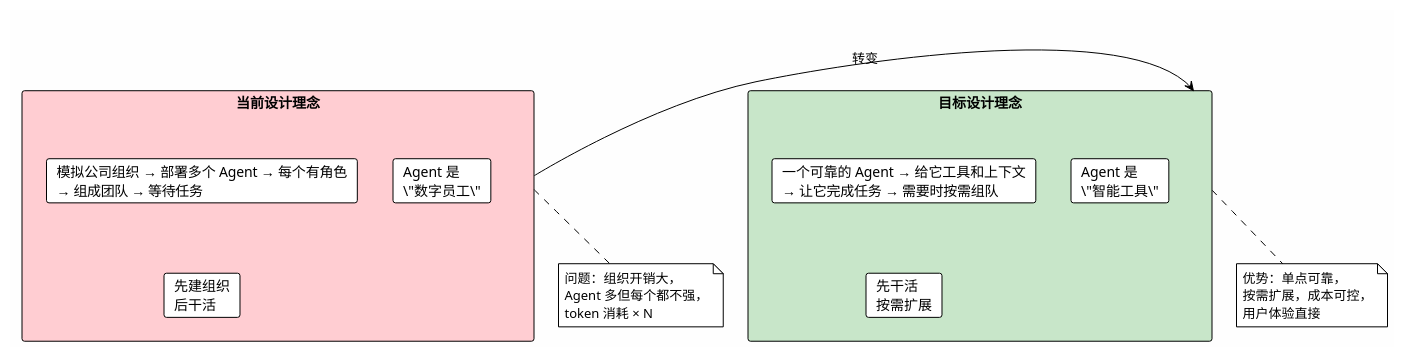
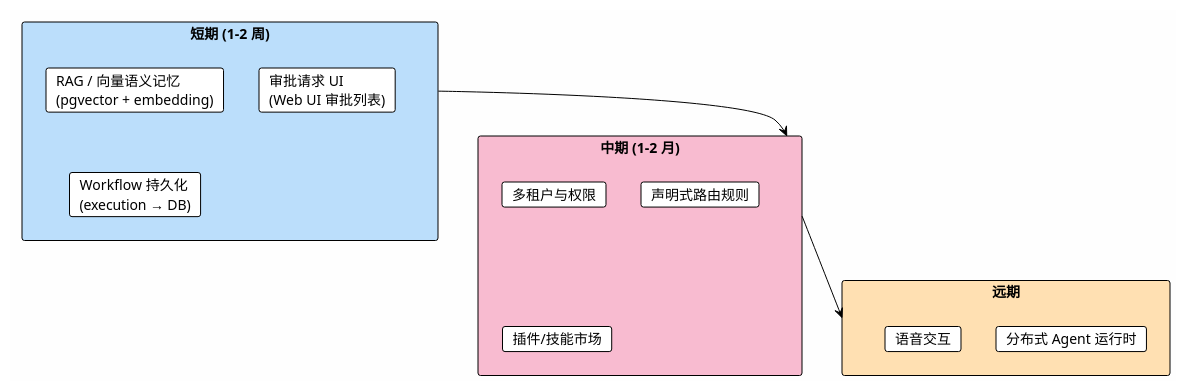
Diagram 18 of 18 in docs/architecture-analysis.md (markus-global/markus), drawn with PlantUML before and after one commit. The commit also changed other lines of this file and 6 other files, not shown here.

First line of the commit message:
fix: reorganize architecture doc, fix UI bugs, add DB migration safety net

````diff
--- a/docs/architecture-analysis.md
+++ b/docs/architecture-analysis.md
@@ -1441,33 +1351,27 @@
 ```plantuml
-@startuml design-shift
+@startuml future-roadmap
 !theme plain
 skinparam backgroundColor #FEFEFE
 
-rectangle "当前设计理念" as Current #FFCDD2 {
-  card "模拟公司组织 → 部署多个 Agent → 每个有角色\n→ 组成团队 → 等待任务" as C1
-  card "Agent 是\n\"数字员工\"" as C2
-  card "先建组织\n后干活" as C3
+rectangle "短期 (1-2 周)" as Short #BBDEFB {
+  card "RAG / 向量语义记忆\n(pgvector + embedding)" as S1
+  card "审批请求 UI\n(Web UI 审批列表)" as S2
+  card "Workflow 持久化\n(execution → DB)" as S3
 }
 
-rectangle "目标设计理念" as Target #C8E6C9 {
-  card "一个可靠的 Agent → 给它工具和上下文\n→ 让它完成任务 → 需要时按需组队" as T1
-  card "Agent 是\n\"智能工具\"" as T2
-  card "先干活\n按需扩展" as T3
+rectangle "中期 (1-2 月)" as Mid #F8BBD0 {
+  card "多租户与权限" as M1
+  card "声明式路由规则" as M2
+  card "插件/技能市场" as M3
 }
 
-Current -right-> Target : 转变
+rectangle "远期" as Long #FFE0B2 {
+  card "分布式 Agent 运行时" as L1
+  card "语音交互" as L2
+}
 
-note bottom of Current
-  问题：组织开销大，
-  Agent 多但每个都不强，
-  token 消耗 × N
-end note
-
-note bottom of Target
-  优势：单点可靠，
-  按需扩展，成本可控，
-  用户体验直接
-end note
+Short --> Mid
+Mid --> Long
 
 @enduml
 ```
````
